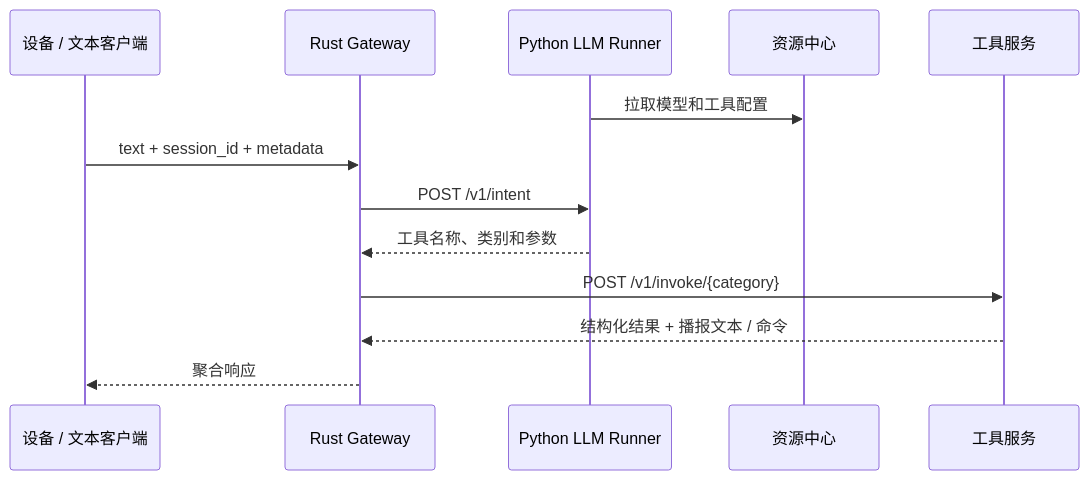
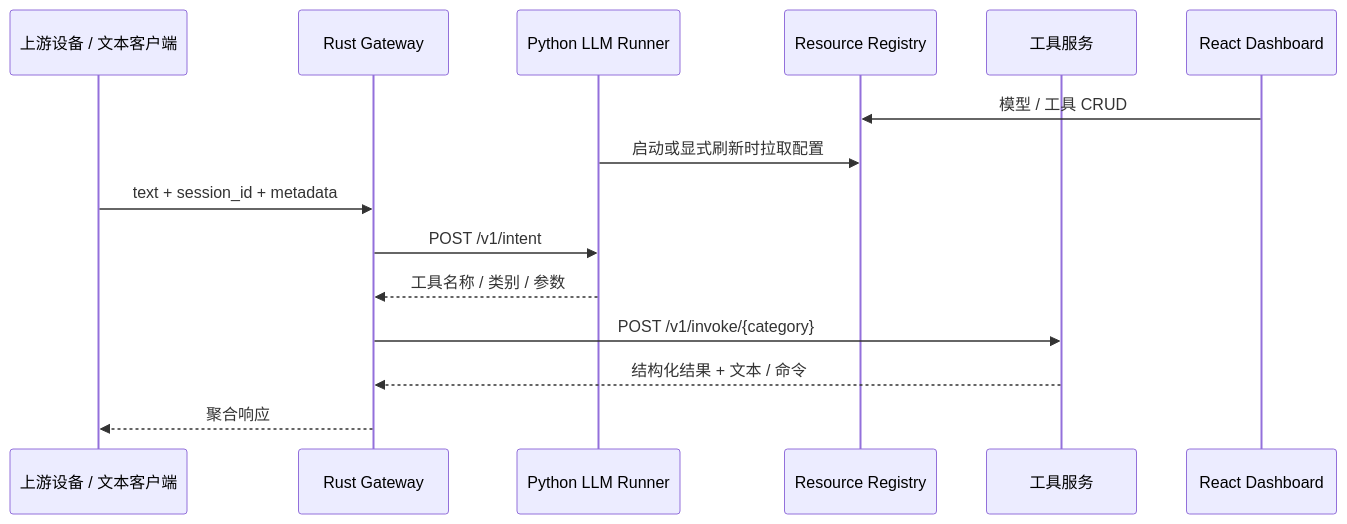
Before and after one commit to casset23/voice-agent-runtime: the first of 2 diagrams in README.md, drawn with Mermaid. The commit also changed other lines of this file and 189 other files, not shown here.

Commit message:
Manage model SDK lifecycle on reload; document original service architecture and verified scope

````diff
--- a/README.md
+++ b/README.md
@@ -17,15 +31,17 @@
 ```mermaid
 sequenceDiagram
-  participant D as 设备 / 文本客户端
+  participant D as 上游设备 / 文本客户端
   participant G as Rust Gateway
   participant L as Python LLM Runner
-  participant R as 资源中心
+  participant R as Resource Registry
   participant T as 工具服务
-  L->>R: 拉取模型和工具配置
+  participant A as React Dashboard
+  A->>R: 模型 / 工具 CRUD
+  L->>R: 启动或显式刷新时拉取配置
   D->>G: text + session_id + metadata
   G->>L: POST /v1/intent
-  L-->>G: 工具名称、类别和参数
+  L-->>G: 工具名称 / 类别 / 参数
   G->>T: POST /v1/invoke/{category}
-  T-->>G: 结构化结果 + 播报文本 / 命令
+  T-->>G: 结构化结果 + 文本 / 命令
   G-->>D: 聚合响应
 ```
````
